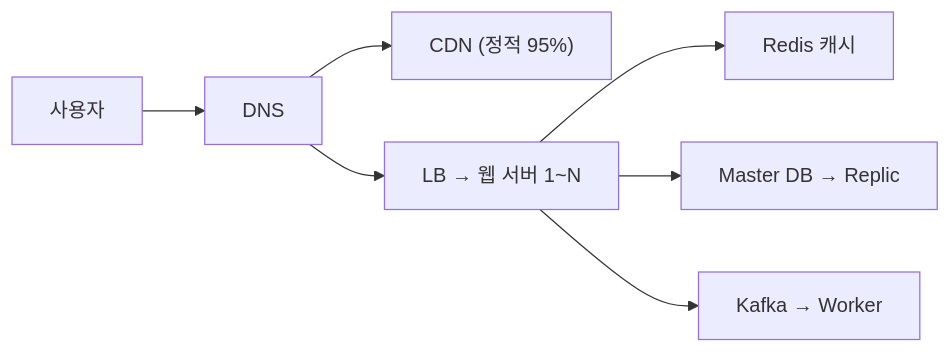
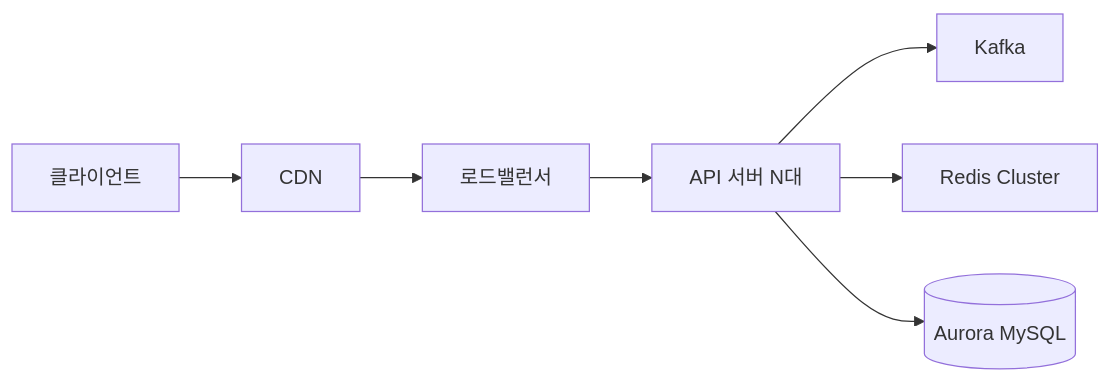
The seventh of 8 diagrams in _posts/systemdesign/2026-05-02-system-design-fundamentals.md (yjkim2015/yjkim2015.github.io), drawn with Mermaid before and after one commit. The commit also changed other lines of this file and 4 other files, not shown here.

````diff
--- a/_posts/systemdesign/2026-05-02-system-design-fundamentals.md
+++ b/_posts/systemdesign/2026-05-02-system-design-fundamentals.md
@@ -802,9 +1708,9 @@
 ```mermaid
 graph LR
-    User["사용자"] --> DNS["DNS"]
-    DNS --> CDN["CDN (정적 95%)"]
-    DNS --> LB["LB → 웹 서버 1~N"]
-    LB --> Cache["Redis 캐시"]
-    LB --> DB["Master DB → Replic"]
-    LB --> MQ["Kafka → Worker"]
+    Client[클라이언트] --> CDN[CDN]
+    CDN --> LB[로드밸런서]
+    LB --> API[API 서버 N대]
+    API --> MQ[Kafka]
+    API --> Cache[Redis Cluster]
+    API --> DB[(Aurora MySQL)]
 ```
````
